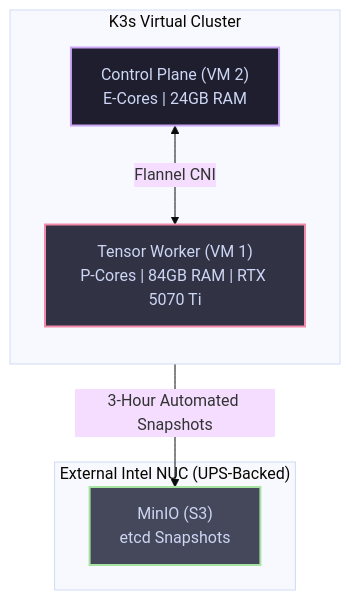
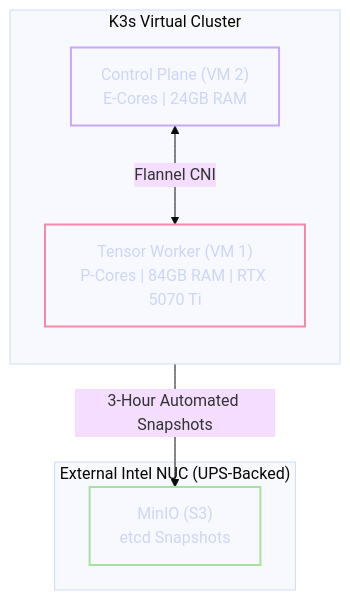
The diagram in docs/04. Virtualization & Kubernetes (Talos + K3s).md (foersben/janus-synapse-edge), drawn with Mermaid (base theme) before and after one commit. The commit also changed 11 other files, not shown here.

Commit message:
fixed diagrams

````diff
--- a/docs/04. Virtualization & Kubernetes (Talos + K3s).md
+++ b/docs/04. Virtualization & Kubernetes (Talos + K3s).md
@@ -37,21 +37,21 @@
 ```mermaid
 flowchart TD
     %% Kubernetes Cluster Topology
-    classDef control fill:#1e1e2e,stroke:#cba6f7,stroke-width:2px,color:#cdd6f4
-    classDef tensor fill:#313244,stroke:#f38ba8,stroke-width:2px,color:#cdd6f4
-    classDef ext fill:#45475a,stroke:#a6e3a1,stroke-width:2px,color:#cdd6f4
+    classDef control fill:transparent,stroke:#cba6f7,stroke-width:2px,color:#cdd6f4
+    classDef tensor fill:transparent,stroke:#f38ba8,stroke-width:2px,color:#cdd6f4
+    classDef ext fill:transparent,stroke:#a6e3a1,stroke-width:2px,color:#cdd6f4
 
     subgraph K3s_Cluster["K3s Virtual Cluster"]
         direction TB
         CP["Control Plane (VM 2)<br/>E-Cores | 24GB RAM"]:::control
         Worker["Tensor Worker (VM 1)<br/>P-Cores | 84GB RAM | RTX 5070 Ti"]:::tensor
 
         CP <-->|"Flannel CNI"| Worker
     end
 
     subgraph External_NUC["External Intel NUC (UPS-Backed)"]
         MinIO["MinIO (S3)<br/>etcd Snapshots"]:::ext
     end
 
     CP -- "3-Hour Automated Snapshots" --> MinIO
 ```
````
